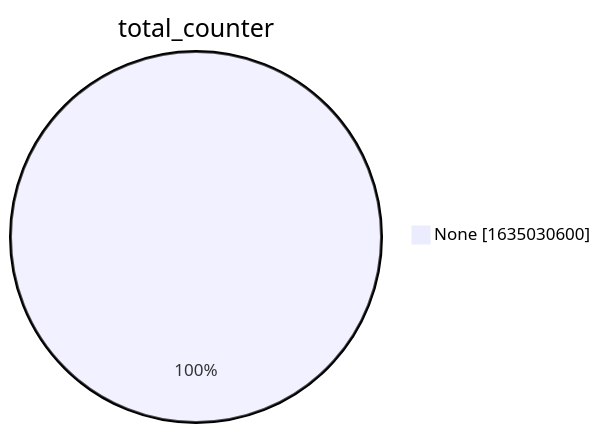
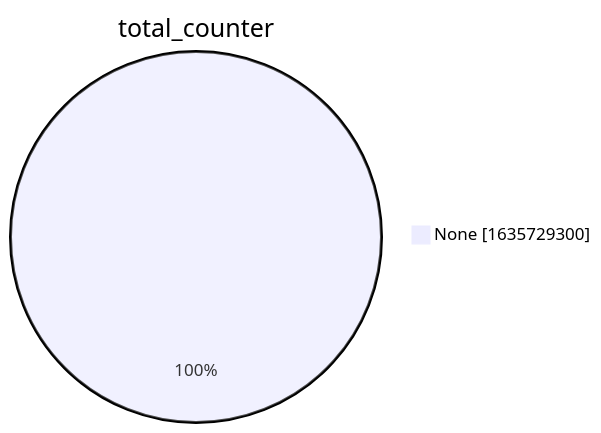
One commit to christiankrug/ctmonitor_visualization changed the second of 15 diagrams in xenon2022/README.md. Above: the diagram before and after it, drawn with Mermaid. The commit also changed other lines of this file, not shown here.

````diff
--- a/xenon2022/README.md
+++ b/xenon2022/README.md
@@ -9,5 +9,5 @@
 ```mermaid
 pie showData
 title total_counter
-"None" :1635030600
+"None" :1635729300
 ```
````
